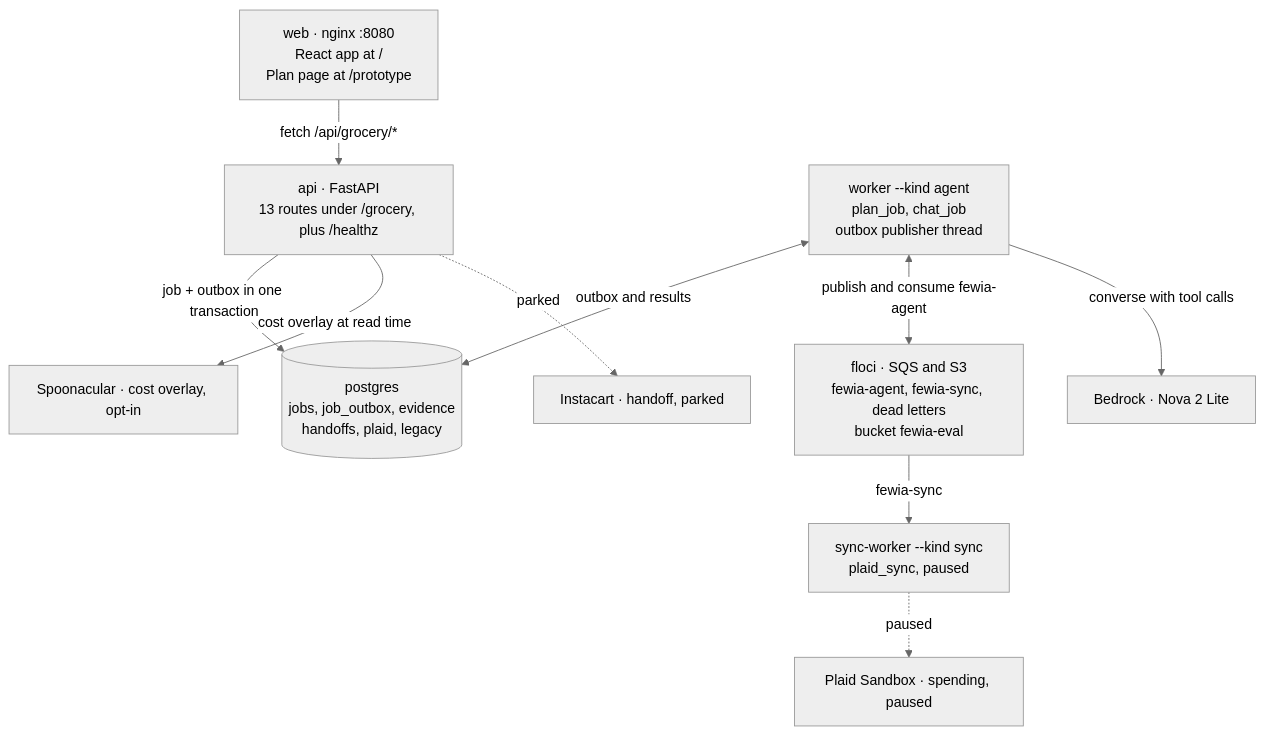
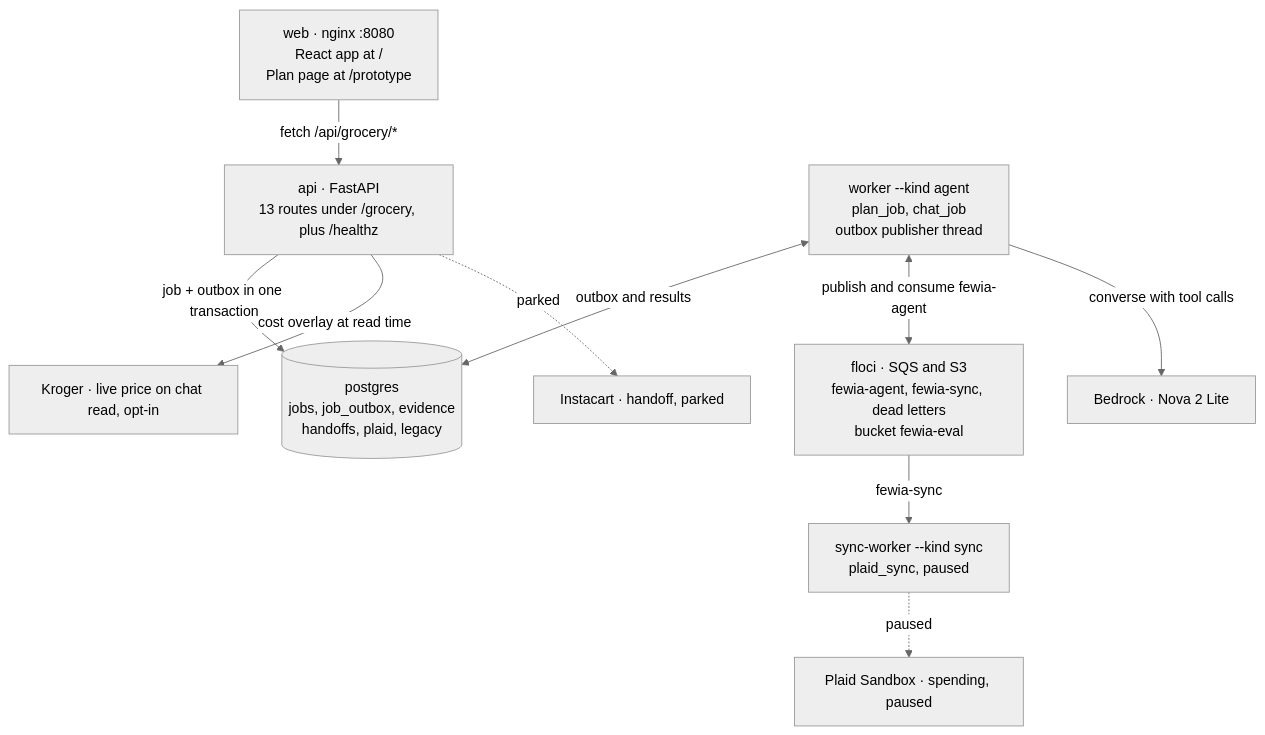
Before and after one commit to emanuelGitCodes/fewia: the diagram in docs/FEATURE_MAP.md, drawn with Mermaid (neutral theme). The commit also changed other lines of this file and 7 other files, not shown here.

Commit message:
Describe the Kroger overlay in place of Spoonacular in the docs

````diff
--- a/docs/FEATURE_MAP.md
+++ b/docs/FEATURE_MAP.md
@@ -32,22 +32,22 @@
 ```mermaid
 flowchart TB
   web["web · nginx :8080<br/>React app at /<br/>Plan page at /prototype"]
   api["api · FastAPI<br/>13 routes under /grocery, plus /healthz"]
   pg[("postgres<br/>jobs, job_outbox, evidence<br/>handoffs, plaid, legacy")]
   floci["floci · SQS and S3<br/>fewia-agent, fewia-sync, dead letters<br/>bucket fewia-eval"]
   worker["worker --kind agent<br/>plan_job, chat_job<br/>outbox publisher thread"]
   sync["sync-worker --kind sync<br/>plaid_sync, paused"]
   bedrock["Bedrock · Nova 2 Lite"]
-  spoon["Spoonacular · cost overlay, opt-in"]
+  spoon["Kroger · live price on chat read, opt-in"]
   insta["Instacart · handoff, parked"]
   plaid["Plaid Sandbox · spending, paused"]
   web -->|fetch /api/grocery/*| api
   api -->|job + outbox in one transaction| pg
   worker <-->|outbox and results| pg
   worker <-->|publish and consume fewia-agent| floci
   floci -->|fewia-sync| sync
   worker -->|converse with tool calls| bedrock
   api -->|cost overlay at read time| spoon
   api -.->|parked| insta
   sync -.->|paused| plaid
 ```
````
